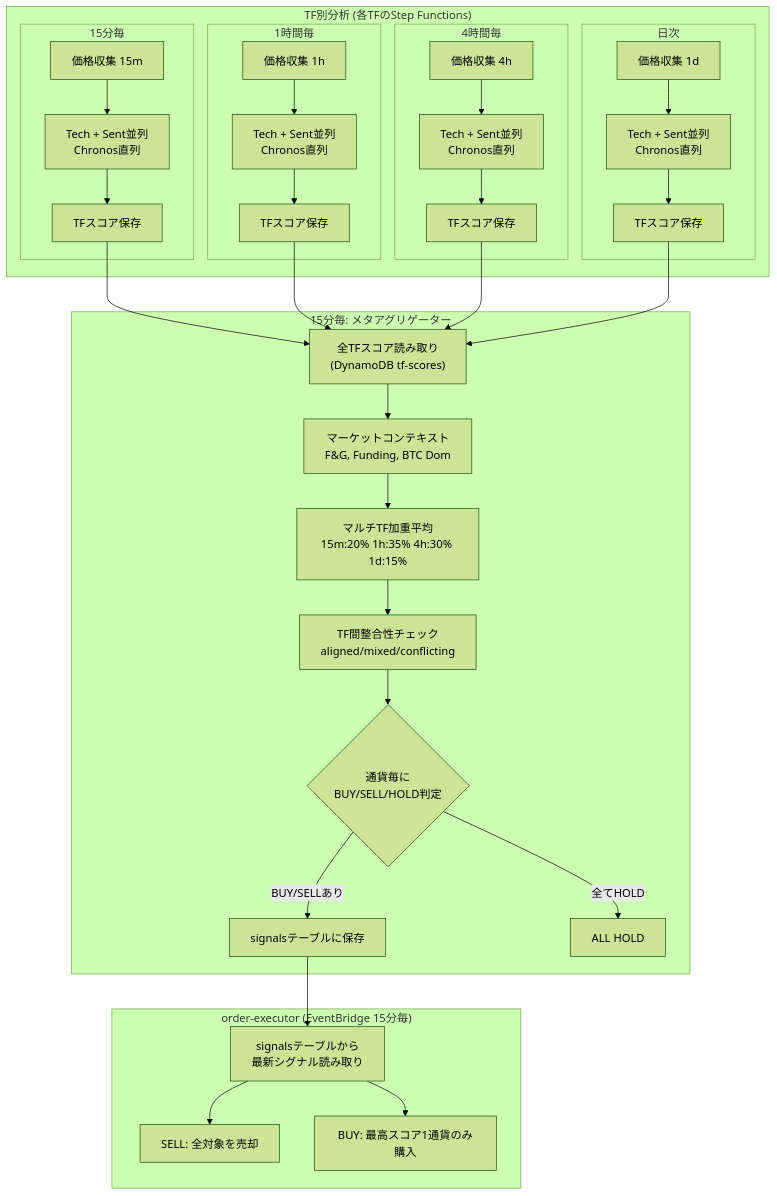
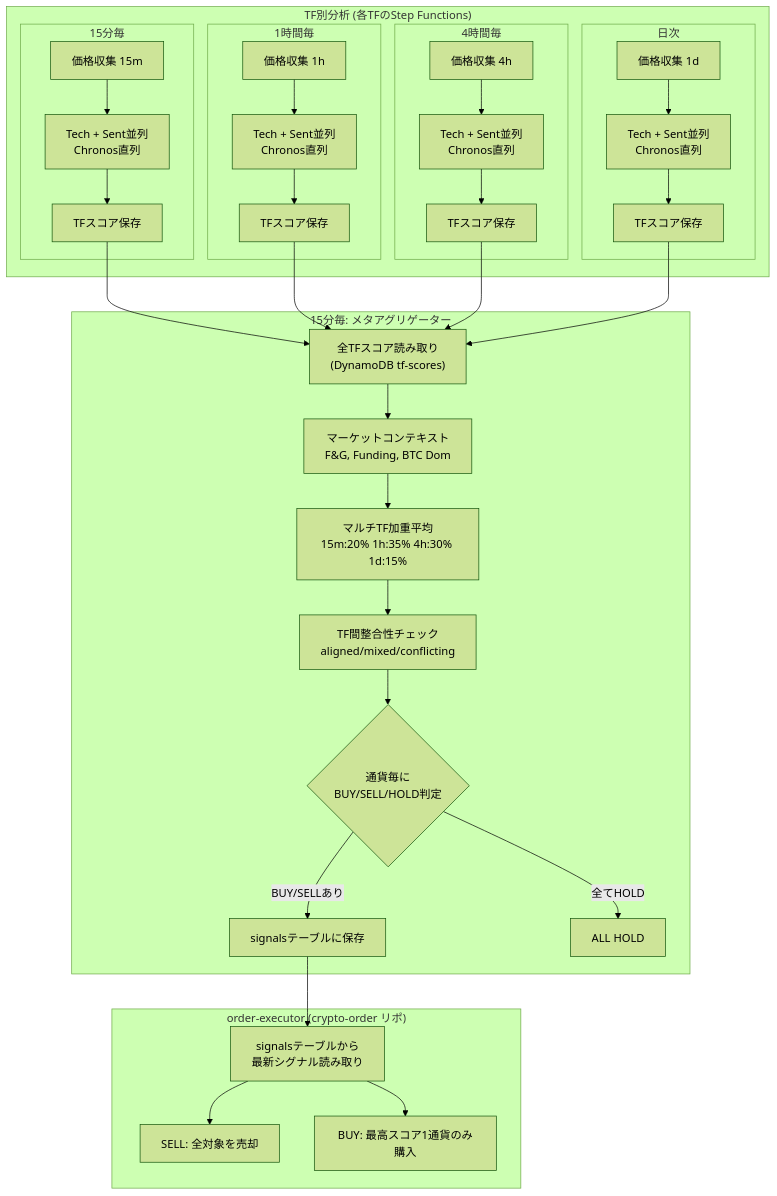
Before and after one commit to kiikun0530/crypto-trader: the diagram in docs/trading-strategy.md, drawn with Mermaid (forest theme). The commit also changed other lines of this file and 13 other files, not shown here.

````diff
--- a/docs/trading-strategy.md
+++ b/docs/trading-strategy.md
@@ -9,54 +9,54 @@
 ```mermaid
 flowchart TD
     subgraph TF別分析["TF別分析 (各TFのStep Functions)"]
         subgraph TF15m["15分毎"]
             P15["価格収集 15m"]
             A15["Tech + Sent並列<br/>Chronos直列"]
             S15["TFスコア保存"]
         end
         subgraph TF1h["1時間毎"]
             P1h["価格収集 1h"]
             A1h["Tech + Sent並列<br/>Chronos直列"]
             S1h["TFスコア保存"]
         end
         subgraph TF4h["4時間毎"]
             P4h["価格収集 4h"]
             A4h["Tech + Sent並列<br/>Chronos直列"]
             S4h["TFスコア保存"]
         end
         subgraph TF1d["日次"]
             P1d["価格収集 1d"]
             A1d["Tech + Sent並列<br/>Chronos直列"]
             S1d["TFスコア保存"]
         end
     end
 
     subgraph メタ集約["15分毎: メタアグリゲーター"]
         READ["全TFスコア読み取り<br/>(DynamoDB tf-scores)"]
         MKT["マーケットコンテキスト<br/>F&G, Funding, BTC Dom"]
         WEIGHT["マルチTF加重平均<br/>15m:20% 1h:35% 4h:30% 1d:15%"]
         ALIGN["TF間整合性チェック<br/>aligned/mixed/conflicting"]
         EACH{"通貨毎に<br/>BUY/SELL/HOLD判定"}
         SAVE["signalsテーブルに保存"]
         ALL_HOLD["ALL HOLD"]
     end
 
-    subgraph 実行["order-executor (EventBridge 15分毎)"]
+    subgraph 実行["order-executor (crypto-order リポ)"]
         READ_SIG["signalsテーブルから<br/>最新シグナル読み取り"]
         SELL_EXEC["SELL: 全対象を売却"]
         BUY_EXEC["BUY: 最高スコア1通貨のみ購入"]
     end
 
     P15 --> A15 --> S15
     P1h --> A1h --> S1h
     P4h --> A4h --> S4h
     P1d --> A1d --> S1d
 
     S15 & S1h & S4h & S1d --> READ
     READ --> MKT --> WEIGHT --> ALIGN --> EACH
     EACH -->|"BUY/SELLあり"| SAVE
     EACH -->|"全てHOLD"| ALL_HOLD
     SAVE --> READ_SIG
     READ_SIG --> SELL_EXEC
     READ_SIG --> BUY_EXEC
 ```
````
